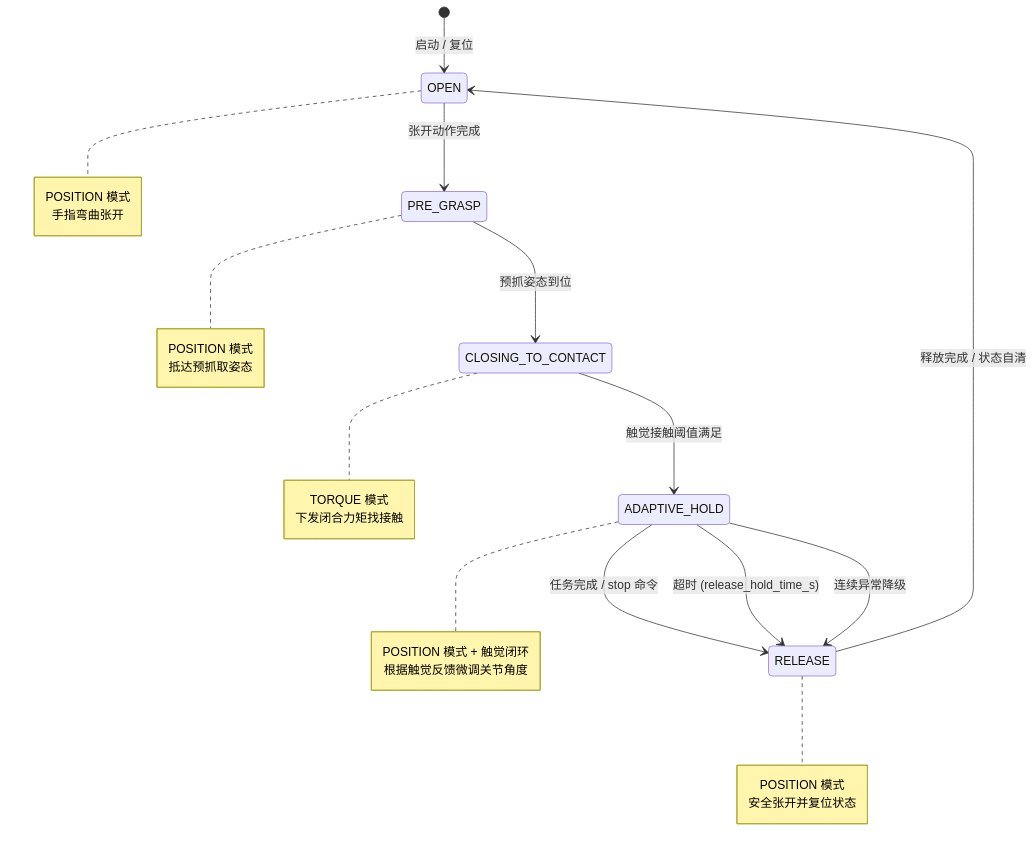
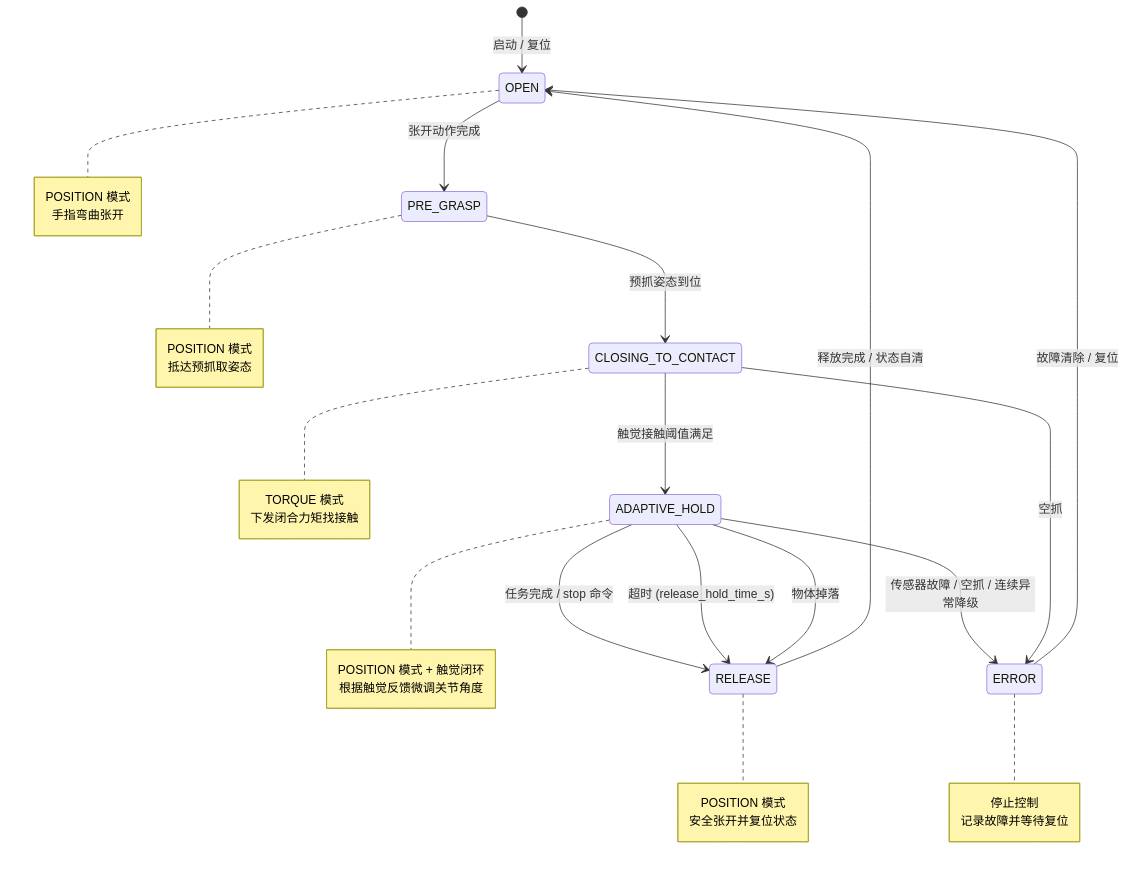
One commit to gli-sdk/GHand-Python-SDK changed the diagram in docs/superpowers/specs/adaptive-grasp-design.md. Above: the diagram before and after it, drawn with Mermaid. The commit also changed other lines of this file and 1 other file, not shown here.

````diff
--- a/docs/superpowers/specs/adaptive-grasp-design.md
+++ b/docs/superpowers/specs/adaptive-grasp-design.md
@@ -555,39 +550,48 @@
 ```mermaid
 stateDiagram-v2
     [*] --> OPEN : 启动 / 复位
 
     OPEN --> PRE_GRASP : 张开动作完成
     PRE_GRASP --> CLOSING_TO_CONTACT : 预抓姿态到位
     CLOSING_TO_CONTACT --> ADAPTIVE_HOLD : 触觉接触阈值满足
 
     ADAPTIVE_HOLD --> RELEASE : 任务完成 / stop 命令
     ADAPTIVE_HOLD --> RELEASE : 超时 (release_hold_time_s)
-    ADAPTIVE_HOLD --> RELEASE : 连续异常降级
+    ADAPTIVE_HOLD --> RELEASE : 物体掉落
+    ADAPTIVE_HOLD --> ERROR : 传感器故障 / 空抓 / 连续异常降级
 
+    CLOSING_TO_CONTACT --> ERROR : 空抓
+
+    ERROR --> OPEN : 故障清除 / 复位
     RELEASE --> OPEN : 释放完成 / 状态自清
 
     note right of OPEN
         POSITION 模式
         手指弯曲张开
     end note
 
     note right of PRE_GRASP
         POSITION 模式
         抵达预抓取姿态
     end note
 
     note right of CLOSING_TO_CONTACT
         TORQUE 模式
         下发闭合力矩找接触
     end note
 
     note right of ADAPTIVE_HOLD
         POSITION 模式 + 触觉闭环
         根据触觉反馈微调关节角度
     end note
 
     note right of RELEASE
         POSITION 模式
         安全张开并复位状态
     end note
+
+    note right of ERROR
+        停止控制
+        记录故障并等待复位
+    end note
 ```
````
